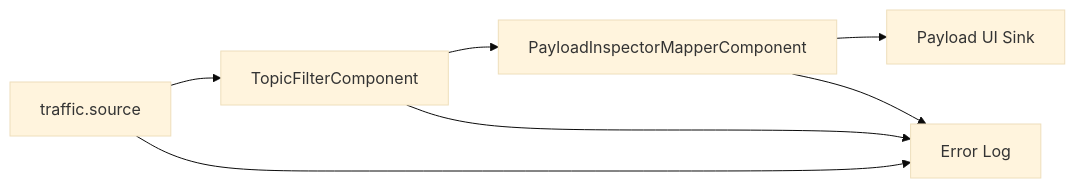
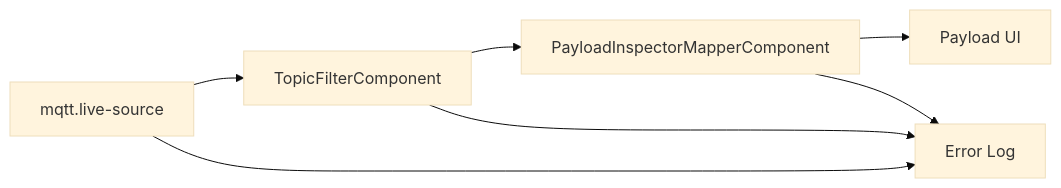
One commit to araxis/FluxMq changed diagram 16 of 19 in docs/flow-components.md. Above: the diagram before and after it, drawn with Mermaid (base theme). The commit also changed other lines of this file and 70 other files, not shown here.

First line of the commit message:
feat: improve live inspector UX — topic selection, search, pagination… (#57)

````diff
--- a/docs/flow-components.md
+++ b/docs/flow-components.md
@@ -542,9 +583,9 @@
 ```mermaid
 flowchart LR
-    Source["traffic.source"] --> Filter["TopicFilterComponent"]
+    Source["mqtt.live-source"] --> Filter["TopicFilterComponent"]
     Filter --> Mapper["PayloadInspectorMapperComponent"]
-    Mapper --> Ui["Payload UI Sink"]
+    Mapper --> Ui["Payload UI"]
     Source --> ErrorLog["Error Log"]
     Filter --> ErrorLog
     Mapper --> ErrorLog
 ```
````
